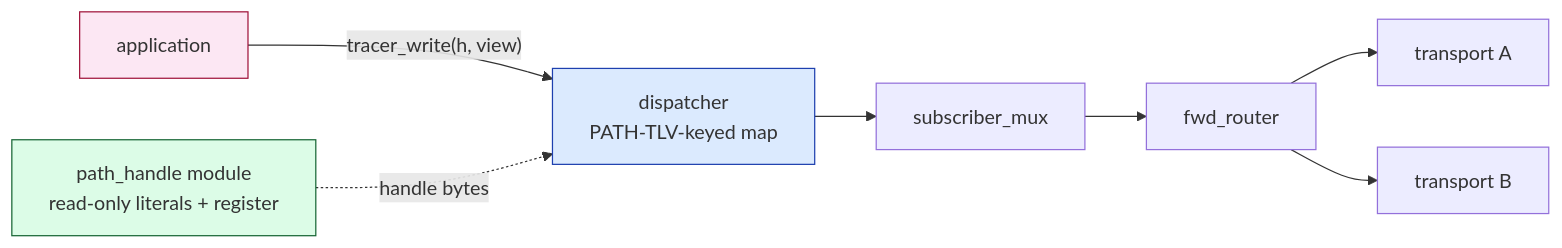
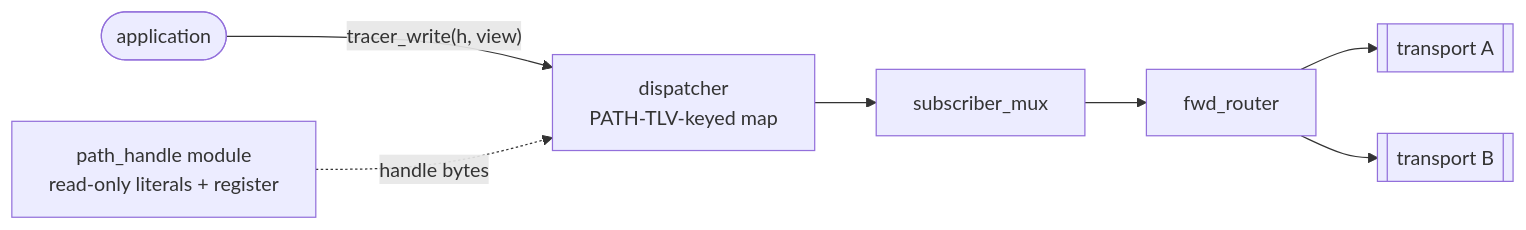
The diagram in docs/reference/10-module-catalog.md (avatarsd-llc/libtracer), drawn with Mermaid before and after one commit. The commit also changed other lines of this file and 32 other files, not shown here.

First line of the commit message:
docs: every diagram on the shared vocabulary, with alt text (#2373)

````diff
--- a/docs/reference/10-module-catalog.md
+++ b/docs/reference/10-module-catalog.md
@@ -364,20 +364,19 @@
 ```mermaid
 flowchart LR
-    APP[application]
+    accTitle: The modules a write passes through
+    accDescr: The application calls tracer_write with a handle and a view into the dispatcher, a PATH-TLV-keyed map, which takes handle bytes from the path_handle module. The dispatcher feeds the subscriber mux, which feeds the FWD router, which sends over transport A or transport B.
+    APP([application]):::app
     PH[path_handle module<br/>read-only literals + register]
     DISP[dispatcher<br/>PATH-TLV-keyed map]
     SUBM[subscriber_mux]
     FR[fwd_router]
-    TXA[transport A]
-    TXB[transport B]
+    TXA[[transport A]]:::peer
+    TXB[[transport B]]:::peer
 
     APP -- "tracer_write(h, view)" --> DISP
     PH -. "handle bytes" .-> DISP
     DISP --> SUBM
     SUBM --> FR
     FR --> TXA
     FR --> TXB
-    style APP fill:#fce7f3,stroke:#9f1239
-    style PH fill:#dcfce7,stroke:#166534
-    style DISP fill:#dbeafe,stroke:#1e40af
 ```
````
